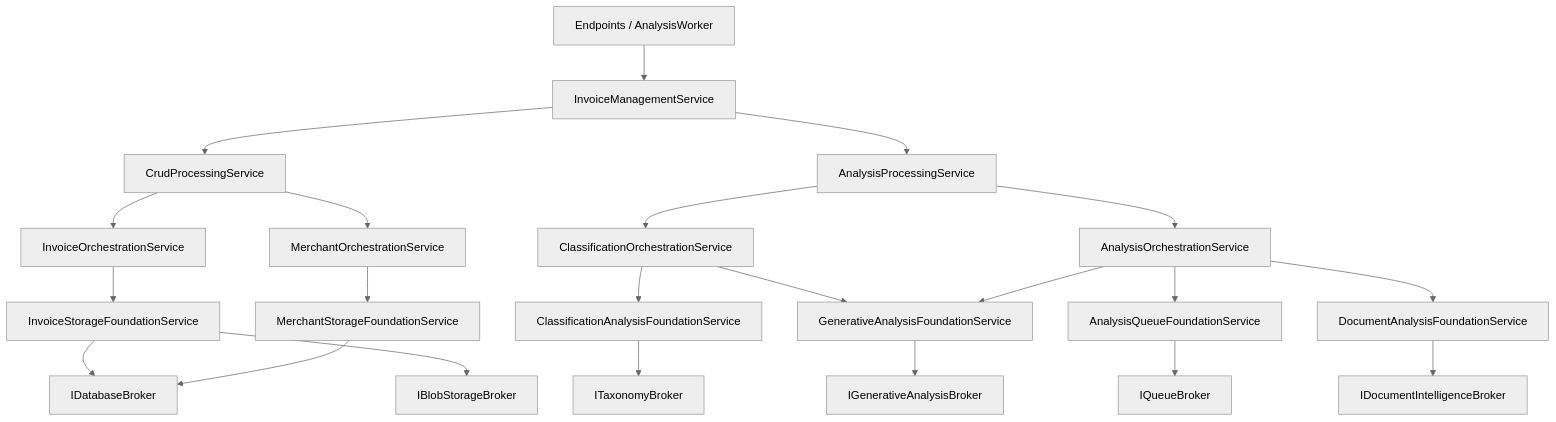
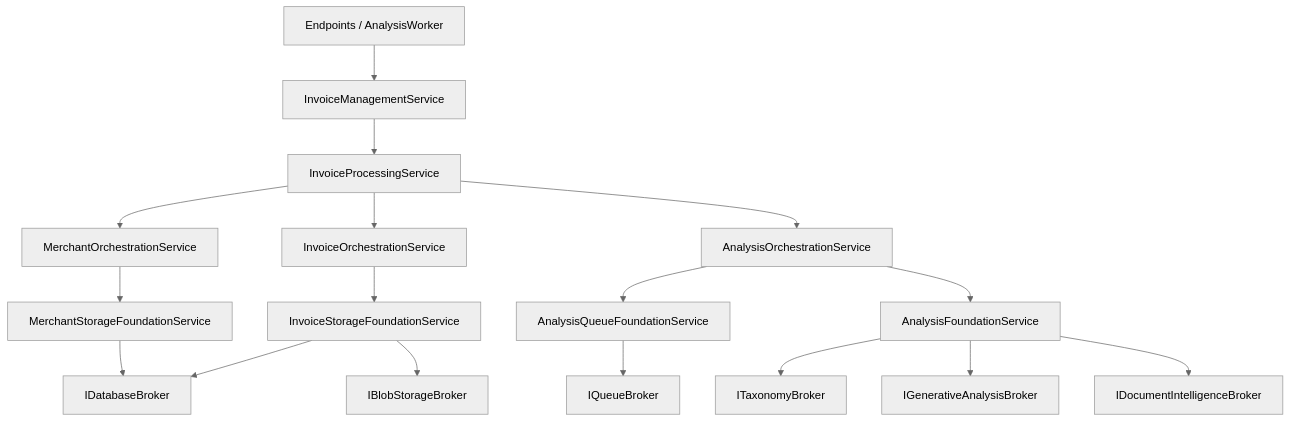
Before and after one commit to arolariu/arolariu.ro: the diagram in docs/rfc/2003-the-standard-implementation.md, drawn with Mermaid (neutral theme). The commit also changed other lines of this file and 128 other files, not shown here.

First line of the commit message:
refactor(api): unify invoice processing workflows

````diff
--- a/docs/rfc/2003-the-standard-implementation.md
+++ b/docs/rfc/2003-the-standard-implementation.md
@@ -69,45 +69,36 @@
 ```mermaid
 flowchart TB
   Adapters[Endpoints / AnalysisWorker]
   Management[InvoiceManagementService]
-  Crud[CrudProcessingService]
-  Analysis[AnalysisProcessingService]
+  Processing[InvoiceProcessingService]
   InvoiceOrch[InvoiceOrchestrationService]
   MerchantOrch[MerchantOrchestrationService]
-  ClassificationOrch[ClassificationOrchestrationService]
   AnalysisOrch[AnalysisOrchestrationService]
   InvoiceFoundation[InvoiceStorageFoundationService]
   MerchantFoundation[MerchantStorageFoundationService]
-  ClassificationFoundation[ClassificationAnalysisFoundationService]
-  GenerativeFoundation[GenerativeAnalysisFoundationService]
-  DocumentFoundation[DocumentAnalysisFoundationService]
+  AnalysisFoundation[AnalysisFoundationService]
   QueueFoundation[AnalysisQueueFoundationService]
   DatabaseBroker[IDatabaseBroker]
   BlobBroker[IBlobStorageBroker]
   TaxonomyBroker[ITaxonomyBroker]
   GenerativeBroker[IGenerativeAnalysisBroker]
   DocumentBroker[IDocumentIntelligenceBroker]
   QueueBroker[IQueueBroker]
 
   Adapters --> Management
-  Management --> Crud
-  Management --> Analysis
-  Crud --> InvoiceOrch
-  Crud --> MerchantOrch
-  Analysis --> ClassificationOrch
-  Analysis --> AnalysisOrch
+  Management --> Processing
+  Processing --> InvoiceOrch
+  Processing --> MerchantOrch
+  Processing --> AnalysisOrch
   InvoiceOrch --> InvoiceFoundation
   MerchantOrch --> MerchantFoundation
-  ClassificationOrch --> ClassificationFoundation
-  ClassificationOrch --> GenerativeFoundation
   AnalysisOrch --> QueueFoundation
-  AnalysisOrch --> DocumentFoundation
-  AnalysisOrch --> GenerativeFoundation
+  AnalysisOrch --> AnalysisFoundation
   InvoiceFoundation --> DatabaseBroker
   InvoiceFoundation --> BlobBroker
   MerchantFoundation --> DatabaseBroker
-  ClassificationFoundation --> TaxonomyBroker
-  GenerativeFoundation --> GenerativeBroker
-  DocumentFoundation --> DocumentBroker
+  AnalysisFoundation --> TaxonomyBroker
+  AnalysisFoundation --> GenerativeBroker
+  AnalysisFoundation --> DocumentBroker
   QueueFoundation --> QueueBroker
 ```
````
